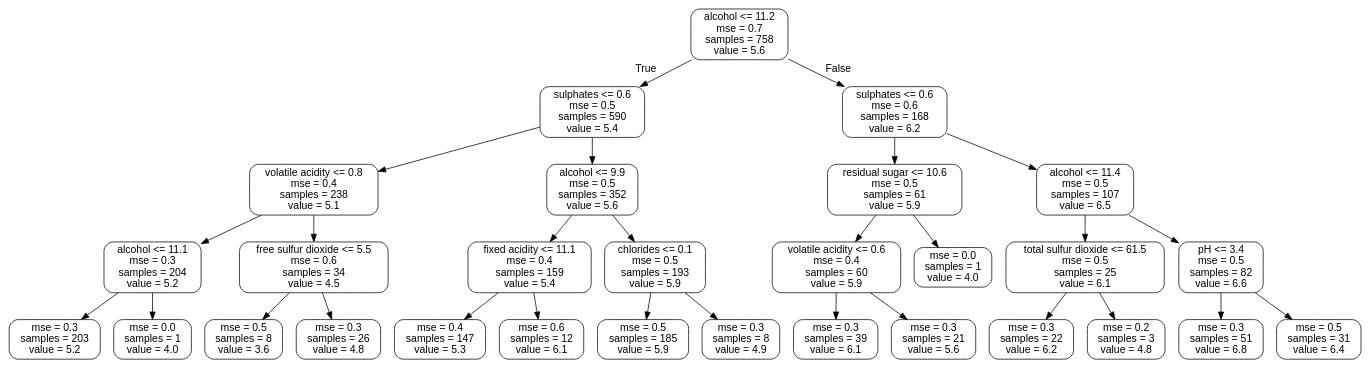
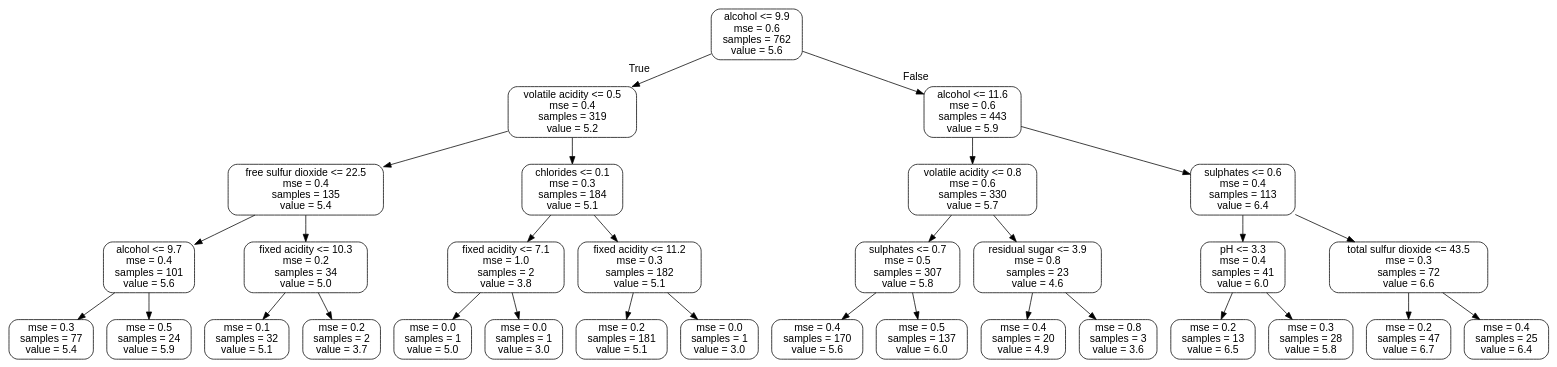
The diagram in Random-Forest/small_tree.dot (HarnoorOberai/WineDataAnalysis), drawn with Graphviz before and after one commit. The commit also changed 12 other files, not shown here.

```diff
--- a/Random-Forest/small_tree.dot
+++ b/Random-Forest/small_tree.dot
@@ -1,61 +1,65 @@
 digraph Tree {
 node [shape=box, style="rounded", color="black", fontname=helvetica] ;
 edge [fontname=helvetica] ;
-0 [label="alcohol <= 11.2\nmse = 0.7\nsamples = 758\nvalue = 5.6"] ;
-1 [label="sulphates <= 0.6\nmse = 0.5\nsamples = 590\nvalue = 5.4"] ;
+0 [label="alcohol <= 9.9\nmse = 0.6\nsamples = 762\nvalue = 5.6"] ;
+1 [label="volatile acidity <= 0.5\nmse = 0.4\nsamples = 319\nvalue = 5.2"] ;
 0 -> 1 [labeldistance=2.5, labelangle=45, headlabel="True"] ;
-2 [label="volatile acidity <= 0.8\nmse = 0.4\nsamples = 238\nvalue = 5.1"] ;
+2 [label="free sulfur dioxide <= 22.5\nmse = 0.4\nsamples = 135\nvalue = 5.4"] ;
 1 -> 2 ;
-3 [label="alcohol <= 11.1\nmse = 0.3\nsamples = 204\nvalue = 5.2"] ;
+3 [label="alcohol <= 9.7\nmse = 0.4\nsamples = 101\nvalue = 5.6"] ;
 2 -> 3 ;
-4 [label="mse = 0.3\nsamples = 203\nvalue = 5.2"] ;
+4 [label="mse = 0.3\nsamples = 77\nvalue = 5.4"] ;
 3 -> 4 ;
-5 [label="mse = 0.0\nsamples = 1\nvalue = 4.0"] ;
+5 [label="mse = 0.5\nsamples = 24\nvalue = 5.9"] ;
 3 -> 5 ;
-6 [label="free sulfur dioxide <= 5.5\nmse = 0.6\nsamples = 34\nvalue = 4.5"] ;
+6 [label="fixed acidity <= 10.3\nmse = 0.2\nsamples = 34\nvalue = 5.0"] ;
 2 -> 6 ;
-7 [label="mse = 0.5\nsamples = 8\nvalue = 3.6"] ;
+7 [label="mse = 0.1\nsamples = 32\nvalue = 5.1"] ;
 6 -> 7 ;
-8 [label="mse = 0.3\nsamples = 26\nvalue = 4.8"] ;
+8 [label="mse = 0.2\nsamples = 2\nvalue = 3.7"] ;
 6 -> 8 ;
-9 [label="alcohol <= 9.9\nmse = 0.5\nsamples = 352\nvalue = 5.6"] ;
+9 [label="chlorides <= 0.1\nmse = 0.3\nsamples = 184\nvalue = 5.1"] ;
 1 -> 9 ;
-10 [label="fixed acidity <= 11.1\nmse = 0.4\nsamples = 159\nvalue = 5.4"] ;
+10 [label="fixed acidity <= 7.1\nmse = 1.0\nsamples = 2\nvalue = 3.8"] ;
 9 -> 10 ;
-11 [label="mse = 0.4\nsamples = 147\nvalue = 5.3"] ;
+11 [label="mse = 0.0\nsamples = 1\nvalue = 5.0"] ;
 10 -> 11 ;
-12 [label="mse = 0.6\nsamples = 12\nvalue = 6.1"] ;
+12 [label="mse = 0.0\nsamples = 1\nvalue = 3.0"] ;
 10 -> 12 ;
-13 [label="chlorides <= 0.1\nmse = 0.5\nsamples = 193\nvalue = 5.9"] ;
+13 [label="fixed acidity <= 11.2\nmse = 0.3\nsamples = 182\nvalue = 5.1"] ;
 9 -> 13 ;
-14 [label="mse = 0.5\nsamples = 185\nvalue = 5.9"] ;
+14 [label="mse = 0.2\nsamples = 181\nvalue = 5.1"] ;
 13 -> 14 ;
-15 [label="mse = 0.3\nsamples = 8\nvalue = 4.9"] ;
+15 [label="mse = 0.0\nsamples = 1\nvalue = 3.0"] ;
 13 -> 15 ;
-16 [label="sulphates <= 0.6\nmse = 0.6\nsamples = 168\nvalue = 6.2"] ;
+16 [label="alcohol <= 11.6\nmse = 0.6\nsamples = 443\nvalue = 5.9"] ;
 0 -> 16 [labeldistance=2.5, labelangle=-45, headlabel="False"] ;
-17 [label="residual sugar <= 10.6\nmse = 0.5\nsamples = 61\nvalue = 5.9"] ;
+17 [label="volatile acidity <= 0.8\nmse = 0.6\nsamples = 330\nvalue = 5.7"] ;
 16 -> 17 ;
-18 [label="volatile acidity <= 0.6\nmse = 0.4\nsamples = 60\nvalue = 5.9"] ;
+18 [label="sulphates <= 0.7\nmse = 0.5\nsamples = 307\nvalue = 5.8"] ;
 17 -> 18 ;
-19 [label="mse = 0.3\nsamples = 39\nvalue = 6.1"] ;
+19 [label="mse = 0.4\nsamples = 170\nvalue = 5.6"] ;
 18 -> 19 ;
-20 [label="mse = 0.3\nsamples = 21\nvalue = 5.6"] ;
+20 [label="mse = 0.5\nsamples = 137\nvalue = 6.0"] ;
 18 -> 20 ;
-21 [label="mse = 0.0\nsamples = 1\nvalue = 4.0"] ;
+21 [label="residual sugar <= 3.9\nmse = 0.8\nsamples = 23\nvalue = 4.6"] ;
 17 -> 21 ;
-22 [label="alcohol <= 11.4\nmse = 0.5\nsamples = 107\nvalue = 6.5"] ;
-16 -> 22 ;
-23 [label="total sulfur dioxide <= 61.5\nmse = 0.5\nsamples = 25\nvalue = 6.1"] ;
-22 -> 23 ;
-24 [label="mse = 0.3\nsamples = 22\nvalue = 6.2"] ;
-23 -> 24 ;
-25 [label="mse = 0.2\nsamples = 3\nvalue = 4.8"] ;
-23 -> 25 ;
-26 [label="pH <= 3.4\nmse = 0.5\nsamples = 82\nvalue = 6.6"] ;
-22 -> 26 ;
-27 [label="mse = 0.3\nsamples = 51\nvalue = 6.8"] ;
-26 -> 27 ;
-28 [label="mse = 0.5\nsamples = 31\nvalue = 6.4"] ;
-26 -> 28 ;
+22 [label="mse = 0.4\nsamples = 20\nvalue = 4.9"] ;
+21 -> 22 ;
+23 [label="mse = 0.8\nsamples = 3\nvalue = 3.6"] ;
+21 -> 23 ;
+24 [label="sulphates <= 0.6\nmse = 0.4\nsamples = 113\nvalue = 6.4"] ;
+16 -> 24 ;
+25 [label="pH <= 3.3\nmse = 0.4\nsamples = 41\nvalue = 6.0"] ;
+24 -> 25 ;
+26 [label="mse = 0.2\nsamples = 13\nvalue = 6.5"] ;
+25 -> 26 ;
+27 [label="mse = 0.3\nsamples = 28\nvalue = 5.8"] ;
+25 -> 27 ;
+28 [label="total sulfur dioxide <= 43.5\nmse = 0.3\nsamples = 72\nvalue = 6.6"] ;
+24 -> 28 ;
+29 [label="mse = 0.2\nsamples = 47\nvalue = 6.7"] ;
+28 -> 29 ;
+30 [label="mse = 0.4\nsamples = 25\nvalue = 6.4"] ;
+28 -> 30 ;
 }
```
